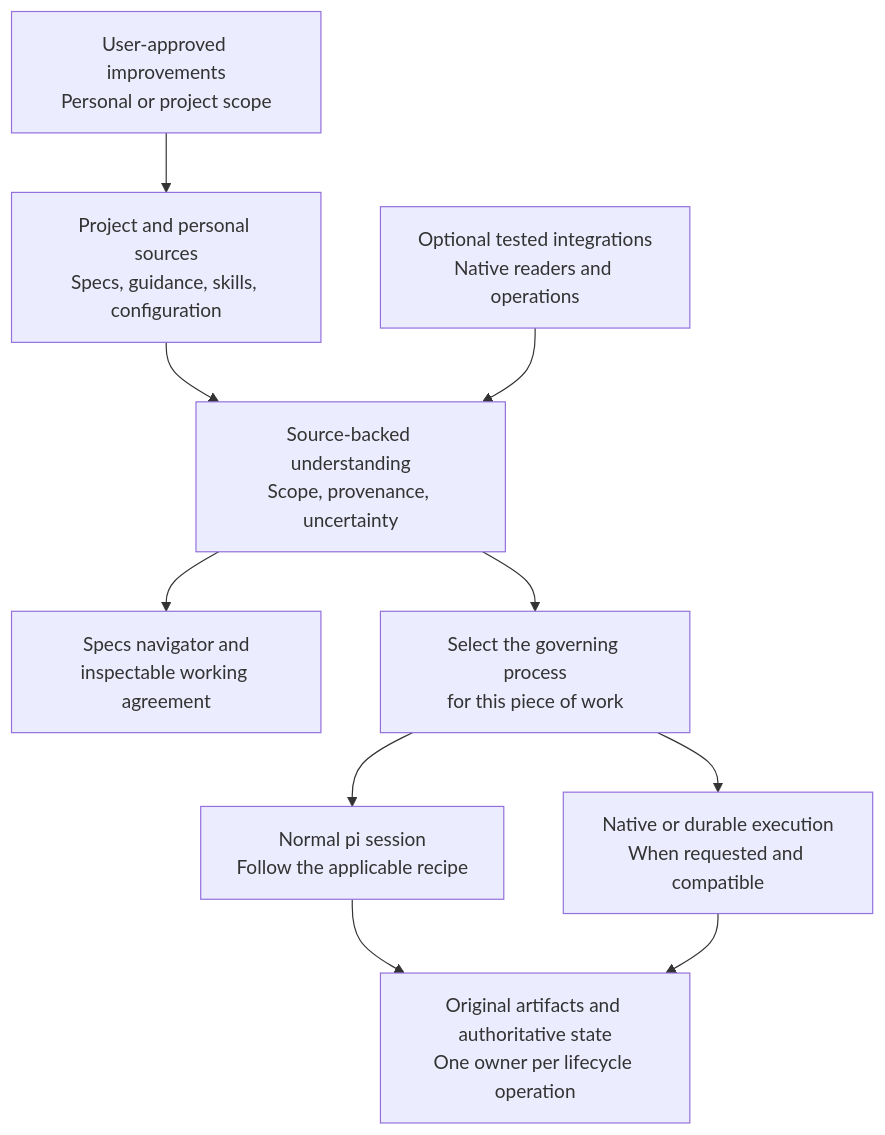
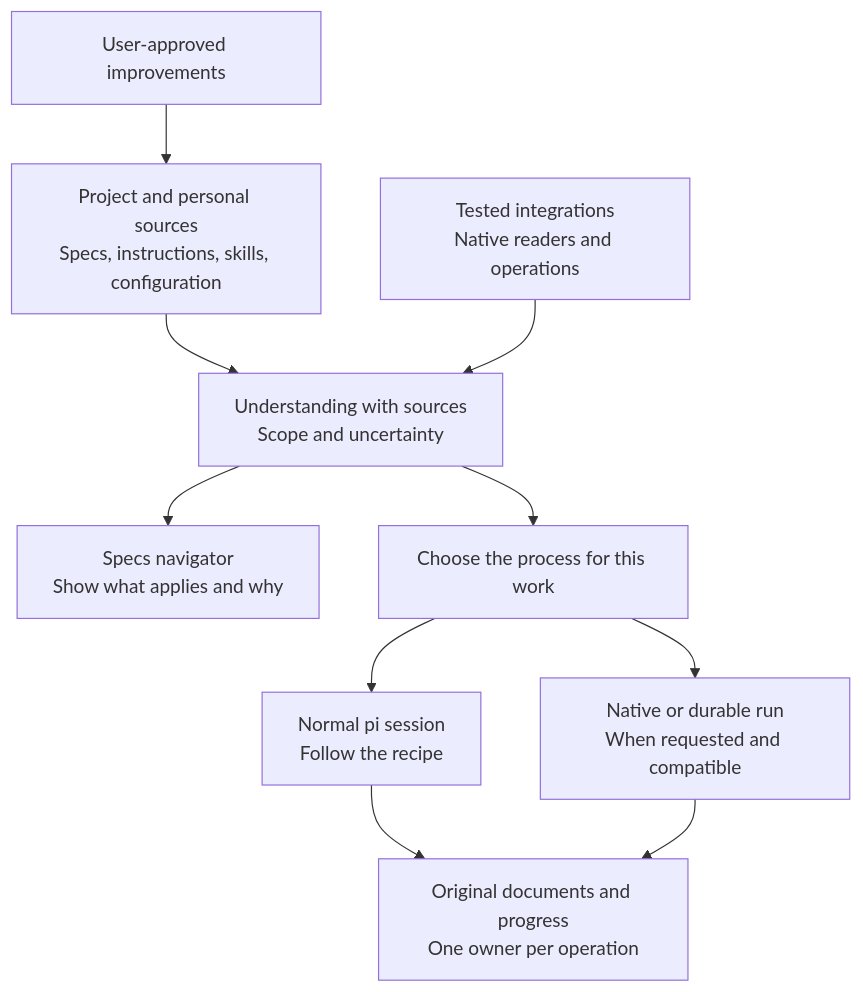
One commit to Ethereal49/thinkrail changed the diagram in docs/proposals/spec-driven-development.md. Above: the diagram before and after it, drawn with Mermaid. The commit also changed other lines of this file, not shown here.

````diff
--- a/docs/proposals/spec-driven-development.md
+++ b/docs/proposals/spec-driven-development.md
@@ -144,12 +93,12 @@
 ```mermaid
 flowchart TD
-    S["Project and personal sources<br/>Specs, guidance, skills, configuration"] --> U["Source-backed understanding<br/>Scope, provenance, uncertainty"]
-    I["Optional tested integrations<br/>Native readers and operations"] --> U
-    U --> V["Specs navigator and<br/>inspectable working agreement"]
-    U --> R["Select the governing process<br/>for this piece of work"]
-    R --> A["Normal pi session<br/>Follow the applicable recipe"]
-    R --> N["Native or durable execution<br/>When requested and compatible"]
-    A --> T["Original artifacts and authoritative state<br/>One owner per lifecycle operation"]
+    S["Project and personal sources<br/>Specs, instructions, skills, configuration"] --> U["Understanding with sources<br/>Scope and uncertainty"]
+    I["Tested integrations<br/>Native readers and operations"] --> U
+    U --> V["Specs navigator<br/>Show what applies and why"]
+    U --> R["Choose the process for this work"]
+    R --> A["Normal pi session<br/>Follow the recipe"]
+    R --> N["Native or durable run<br/>When requested and compatible"]
+    A --> T["Original documents and progress<br/>One owner per operation"]
     N --> T
-    C["User-approved improvements<br/>Personal or project scope"] --> S
+    C["User-approved improvements"] --> S
 ```
````
